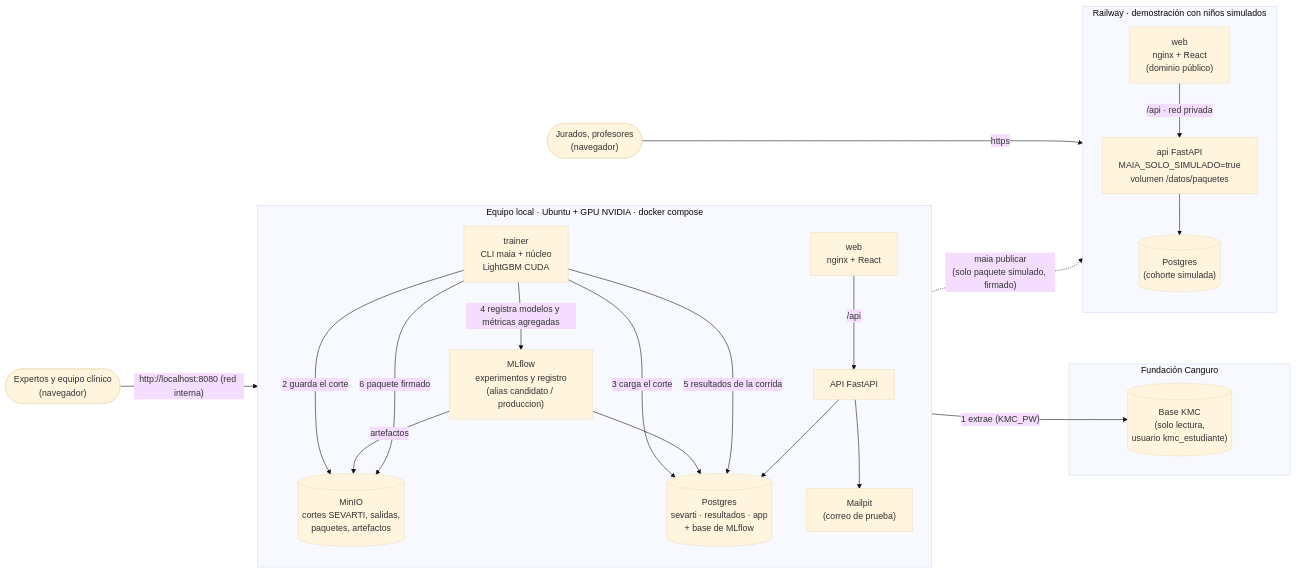
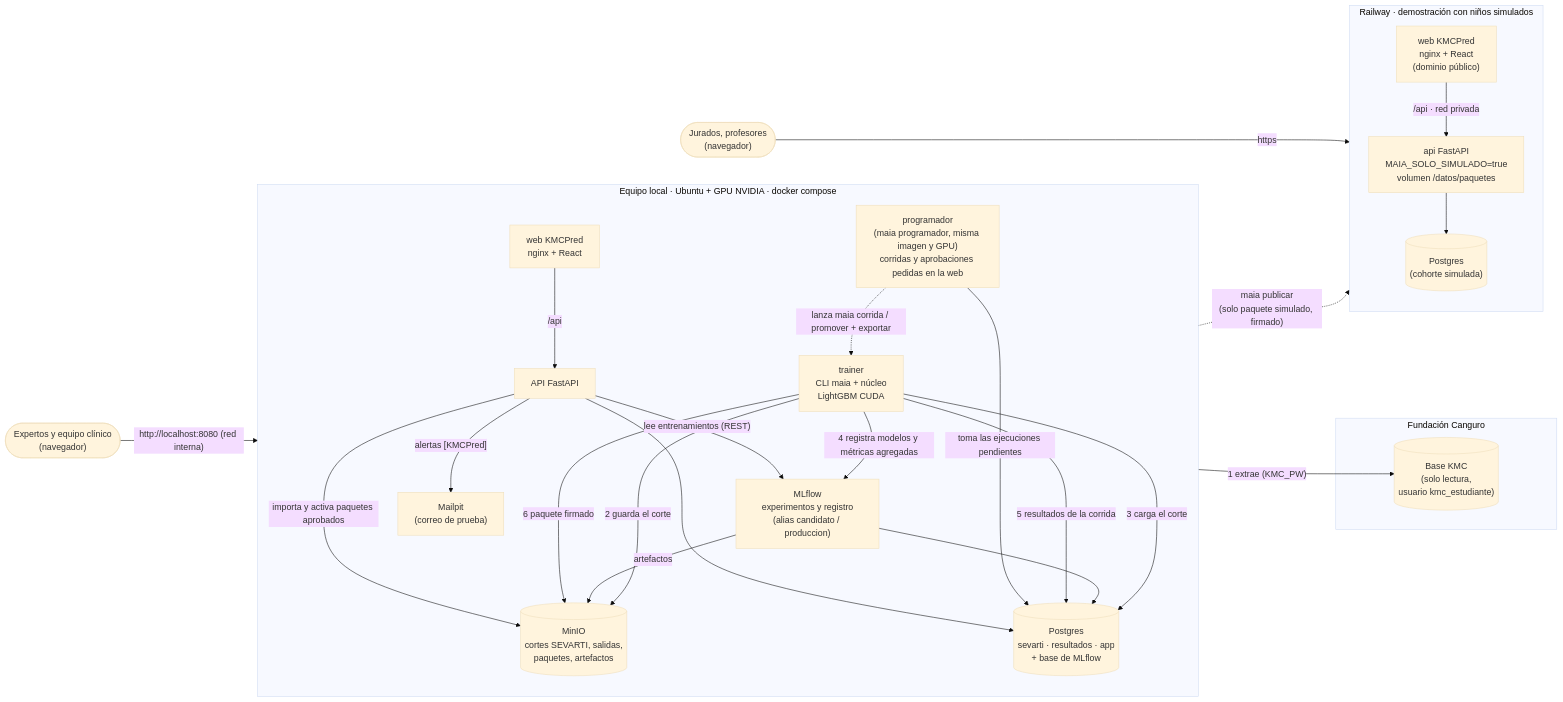
Before and after one commit to breinergonza/proyecto-maia: the first of 2 diagrams in proyecto-codigo/README.md, drawn with Mermaid (base theme). The commit also changed other lines of this file and 38 other files, not shown here.

````diff
--- a/proyecto-codigo/README.md
+++ b/proyecto-codigo/README.md
@@ -26,44 +30,49 @@
 ```mermaid
 flowchart LR
     subgraph FUND["Fundación Canguro"]
         KMC[("Base KMC<br/>(solo lectura,<br/>usuario kmc_estudiante)")]
     end
 
     subgraph LOCAL["Equipo local · Ubuntu + GPU NVIDIA · docker compose"]
         direction TB
         TR["trainer<br/>CLI maia + núcleo<br/>LightGBM CUDA"]
+        PROG["programador<br/>(maia programador, misma imagen y GPU)<br/>corridas y aprobaciones pedidas en la web"]
         MINIO[("MinIO<br/>cortes SEVARTI, salidas,<br/>paquetes, artefactos")]
         PG[("Postgres<br/>sevarti · resultados · app<br/>+ base de MLflow")]
         MLF["MLflow<br/>experimentos y registro<br/>(alias candidato / produccion)"]
         API_L["API FastAPI"]
-        WEB_L["web<br/>nginx + React"]
+        WEB_L["web KMCPred<br/>nginx + React"]
         MAIL["Mailpit<br/>(correo de prueba)"]
         TR -- "1 extrae (KMC_PW)" --> KMC
         TR -- "2 guarda el corte" --> MINIO
         TR -- "3 carga el corte" --> PG
         TR -- "4 registra modelos y métricas agregadas" --> MLF
         MLF --> PG
         MLF -- artefactos --> MINIO
         TR -- "5 resultados de la corrida" --> PG
         TR -- "6 paquete firmado" --> MINIO
+        PROG -- "toma las ejecuciones pendientes" --> PG
+        PROG -. "lanza maia corrida / promover + exportar" .-> TR
         API_L --> PG
-        API_L --> MAIL
+        API_L -- "importa y activa paquetes aprobados" --> MINIO
+        API_L -- "lee entrenamientos (REST)" --> MLF
+        API_L -- "alertas [KMCPred]" --> MAIL
         WEB_L -- "/api" --> API_L
     end
 
     subgraph RW["Railway · demostración con niños simulados"]
         direction TB
-        WEB_R["web<br/>nginx + React<br/>(dominio público)"]
+        WEB_R["web KMCPred<br/>nginx + React<br/>(dominio público)"]
         API_R["api FastAPI<br/>MAIA_SOLO_SIMULADO=true<br/>volumen /datos/paquetes"]
         PG_R[("Postgres<br/>(cohorte simulada)")]
         WEB_R -- "/api · red privada" --> API_R
         API_R --> PG_R
     end
 
     EXP(["Expertos y equipo clínico<br/>(navegador)"])
     PUB(["Jurados, profesores<br/>(navegador)"])
 
     EXP -- "http://localhost:8080 (red interna)" --> WEB_L
     PUB -- https --> WEB_R
     TR -. "maia publicar<br/>(solo paquete simulado, firmado)" .-> WEB_R
 ```
````
